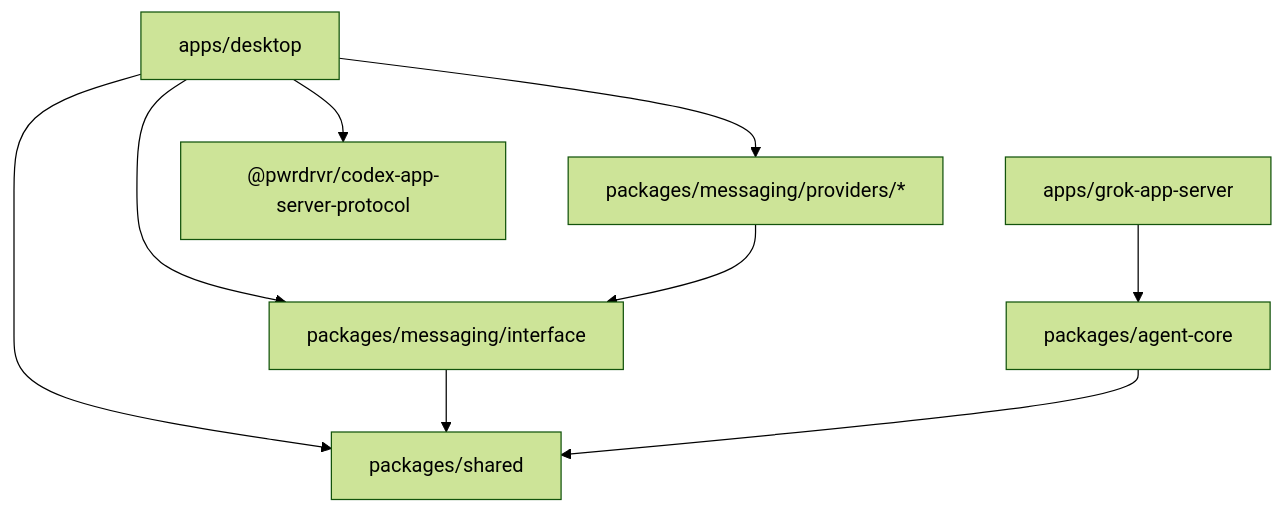
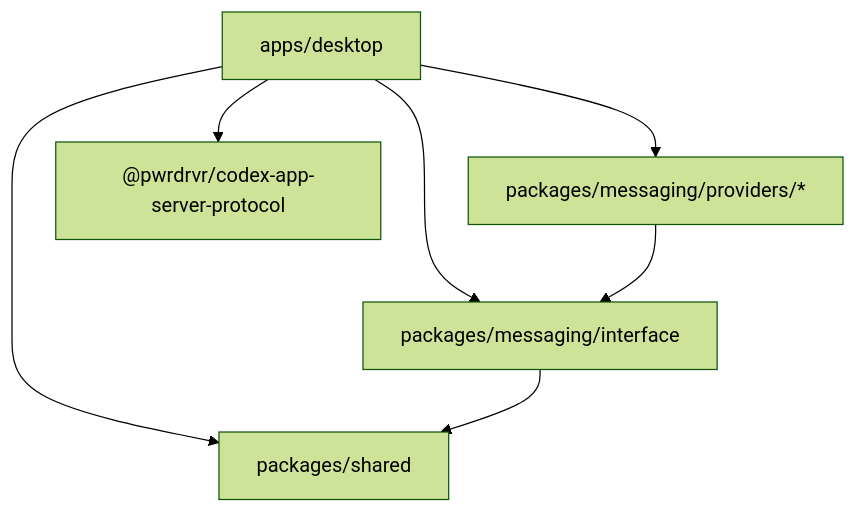
The fifth of 5 diagrams in ARCHITECTURE.md (pwrdrvr/PwrAgent), drawn with Mermaid (forest theme) before and after one commit. The commit also changed other lines of this file and 219 other files, not shown here.

Commit message:
refactor(agent-core): remove legacy Grok backend

````diff
--- a/ARCHITECTURE.md
+++ b/ARCHITECTURE.md
@@ -207,18 +169,14 @@
 ```mermaid
 graph TB
     DesktopApp["apps/desktop"]
-    GrokApp["apps/grok-app-server"]
-    AgentCore["packages/agent-core"]
     MsgProviders["packages/messaging/providers/*"]
     MsgInterface["packages/messaging/interface"]
     Shared["packages/shared"]
 
     DesktopApp --> MsgProviders
     DesktopApp --> MsgInterface
     DesktopApp --> Shared
     DesktopApp --> CodexProto["@pwrdrvr/codex-app-server-protocol"]
-    GrokApp --> AgentCore
     MsgProviders --> MsgInterface
     MsgInterface --> Shared
-    AgentCore --> Shared
 ```
````
